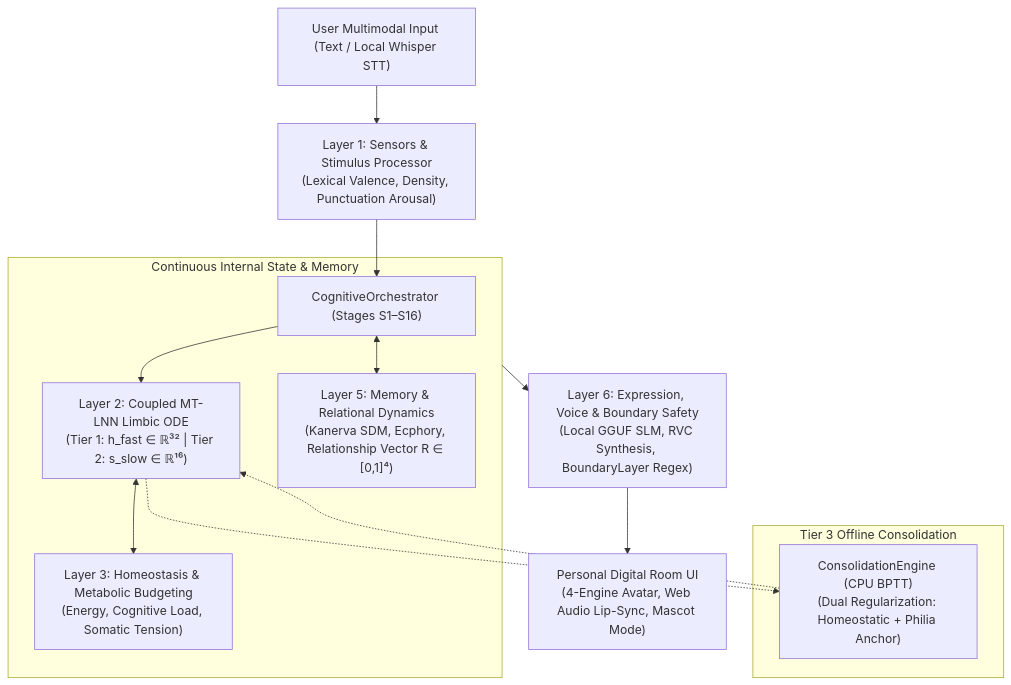
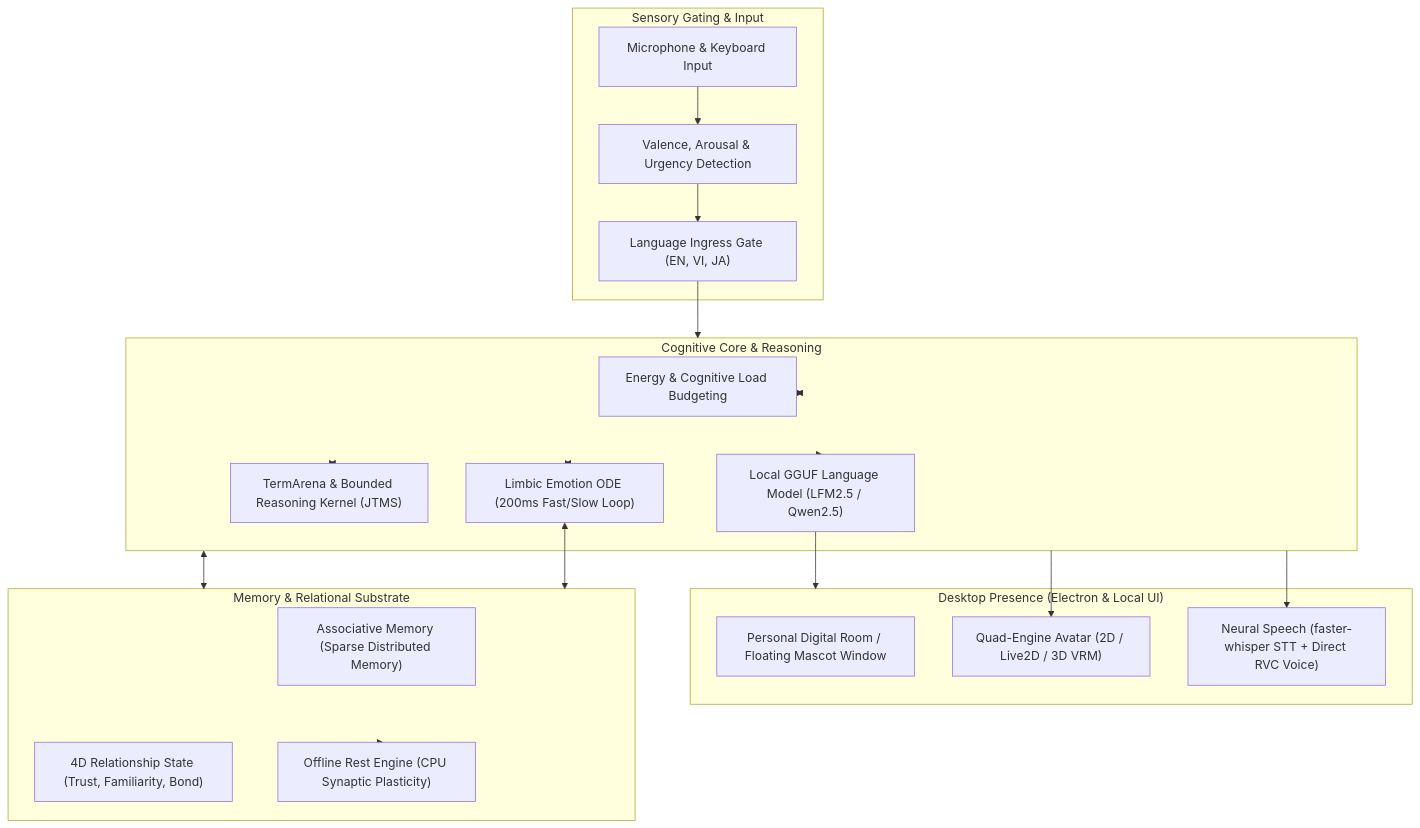
The diagram in README.md (Lunafiah/Lucia), drawn with Mermaid before and after one commit. The commit also changed other lines of this file and 4 other files, not shown here.

Commit message:
docs: add core documentation files including architecture, phase registry, and project overview

````diff
--- a/README.md
+++ b/README.md
@@ -53,19 +162,39 @@
 ```mermaid
 graph TD
-    User["User Multimodal Input (Text / Local Whisper STT)"] --> L1["Layer 1: Sensors & Stimulus Processor<br/>(Lexical Valence, Density, Punctuation Arousal)"]
-    L1 --> S1_16["CognitiveOrchestrator (Stages S1–S16)"]
-
-    subgraph Core_Dynamics ["Continuous Internal State & Memory"]
-        S1_16 --> L2["Layer 2: Coupled MT-LNN Limbic ODE<br/>(Tier 1: h_fast ∈ ℝ³² | Tier 2: s_slow ∈ ℝ¹⁶)"]
-        L2 <--> L3["Layer 3: Homeostasis & Metabolic Budgeting<br/>(Energy, Cognitive Load, Somatic Tension)"]
-        S1_16 <--> L5["Layer 5: Memory & Relational Dynamics<br/>(Kanerva SDM, Ecphory, Relationship Vector R ∈ [0,1]⁴)"]
+    subgraph Desktop_App ["Desktop Presence (Electron & Local UI)"]
+        UI["Personal Digital Room / Floating Mascot Window"]
+        Avatar["Quad-Engine Avatar (2D / Live2D / 3D VRM)"]
+        Voice["Neural Speech (faster-whisper STT + Direct RVC Voice)"]
     end
 
-    subgraph Offline_Plasticity ["Tier 3 Offline Consolidation"]
-        L2 -.-> L4["ConsolidationEngine (CPU BPTT)<br/>(Dual Regularization: Homeostatic + Philia Anchor)"]
-        L4 -.-> L2
+    subgraph Perception ["Sensory Gating & Input"]
+        Input["Microphone & Keyboard Input"]
+        Sensors["Valence, Arousal & Urgency Detection"]
+        Adapter["Language Ingress Gate (EN, VI, JA)"]
     end
 
-    Core_Dynamics --> L6["Layer 6: Expression, Voice & Boundary Safety<br/>(Local GGUF SLM, RVC Synthesis, BoundaryLayer Regex)"]
-    L6 --> Desktop["Personal Digital Room UI<br/>(4-Engine Avatar, Web Audio Lip-Sync, Mascot Mode)"]
+    subgraph Mind ["Cognitive Core & Reasoning"]
+        Limbic["Limbic Emotion ODE (200ms Fast/Slow Loop)"]
+        Homeostasis["Energy & Cognitive Load Budgeting"]
+        Reasoning["TermArena & Bounded Reasoning Kernel (JTMS)"]
+        SLM["Local GGUF Language Model (LFM2.5 / Qwen2.5)"]
+    end
+
+    subgraph Memory ["Memory & Relational Substrate"]
+        SDM["Associative Memory (Sparse Distributed Memory)"]
+        RelState["4D Relationship State (Trust, Familiarity, Bond)"]
+        Consolidation["Offline Rest Engine (CPU Synaptic Plasticity)"]
+    end
+
+    Input --> Sensors --> Adapter
+    Adapter --> Mind
+    Mind <--> Limbic
+    Mind <--> Homeostasis
+    Mind <--> Reasoning
+    Mind <--> Memory
+    Limbic <--> Memory
+    Memory -.-> Consolidation
+    Mind --> SLM --> Desktop_App
+    Mind --> Avatar
+    Mind --> Voice
 ```
````
